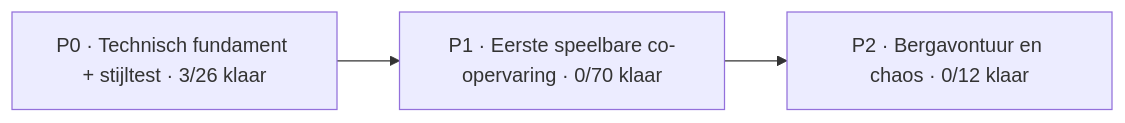
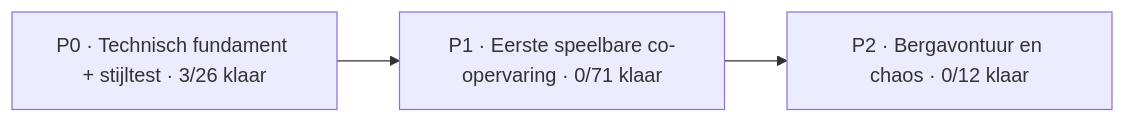
Before and after one commit to mlemson/conductor-chaos: the diagram in Docs/PROJECT_BOARD.md, drawn with Mermaid. The commit also changed other lines of this file, not shown here.

````diff
--- a/Docs/PROJECT_BOARD.md
+++ b/Docs/PROJECT_BOARD.md
@@ -13,7 +13,7 @@
 ```mermaid
 flowchart LR
     P0["P0 · Technisch fundament + stijltest · 3/26 klaar"]
-    P1["P1 · Eerste speelbare co-opervaring · 0/70 klaar"]
+    P1["P1 · Eerste speelbare co-opervaring · 0/71 klaar"]
     P2["P2 · Bergavontuur en chaos · 0/12 klaar"]
     P0 --> P1 --> P2
 ```
````
